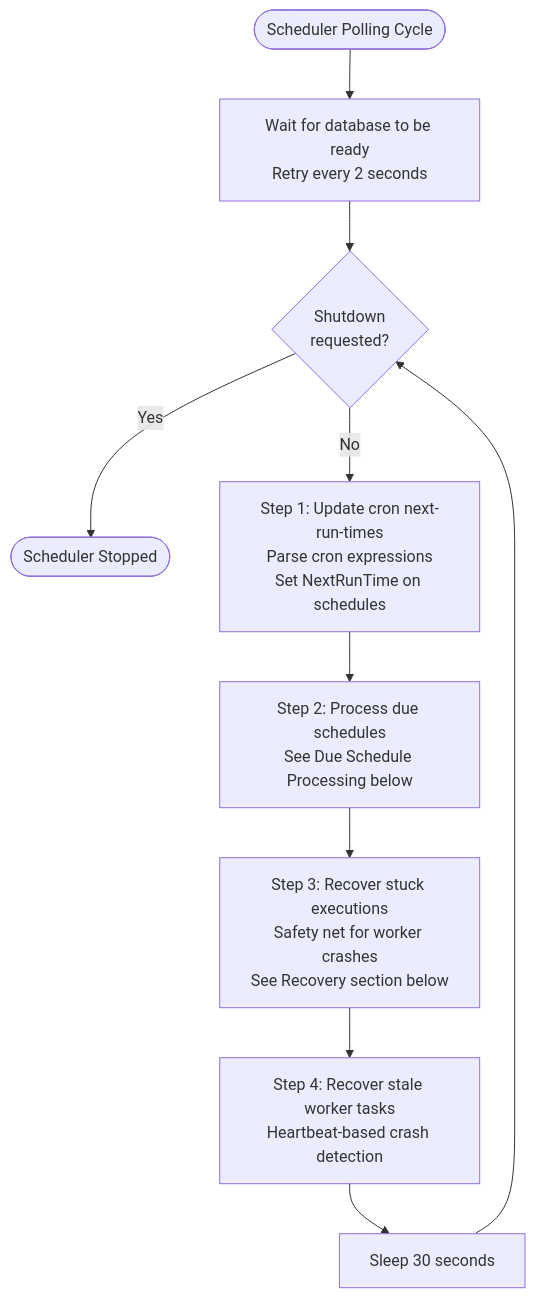
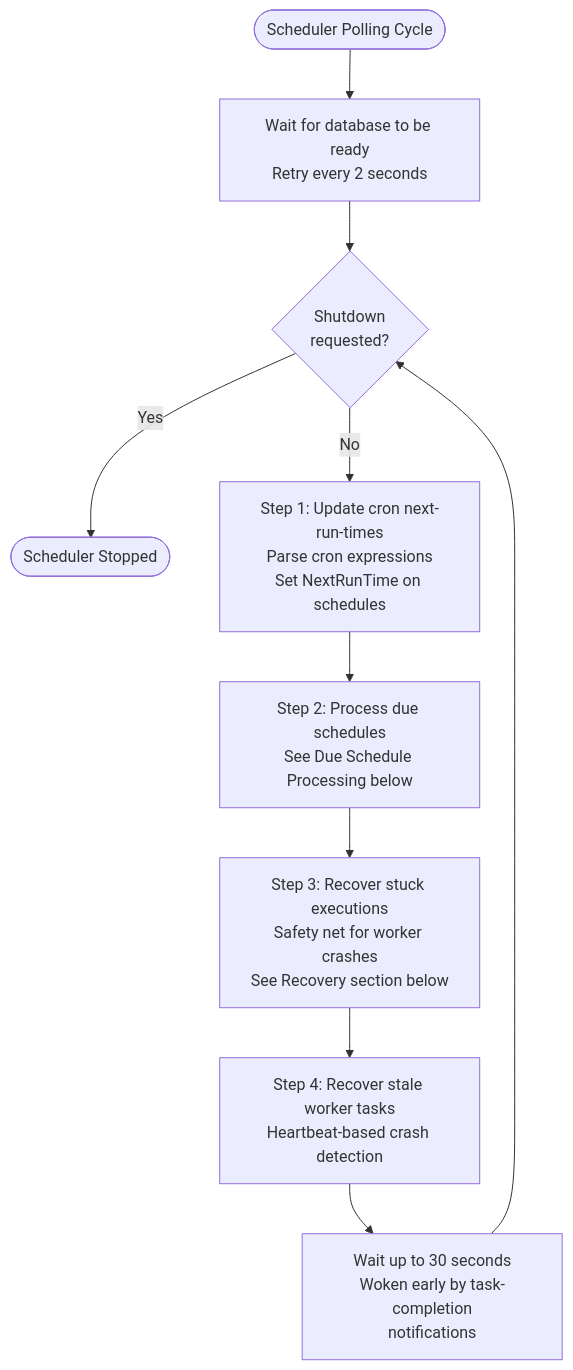
The first of 6 diagrams in docs/developer/diagrams/SCHEDULE_EXECUTION_LIFECYCLE.md (TetronIO/JIM), drawn with Mermaid before and after one commit. The commit also changed other lines of this file and 5 other files, not shown here.

First line of the commit message:
Document the real-time notification architecture (#307)

````diff
--- a/docs/developer/diagrams/SCHEDULE_EXECUTION_LIFECYCLE.md
+++ b/docs/developer/diagrams/SCHEDULE_EXECUTION_LIFECYCLE.md
@@ -21,14 +23,14 @@
 ```mermaid
 flowchart TD
     Start([Scheduler Polling Cycle]) --> WaitDb[Wait for database to be ready<br/>Retry every 2 seconds]
     WaitDb --> PollLoop{Shutdown<br/>requested?}
 
     PollLoop -->|Yes| End([Scheduler Stopped])
     PollLoop -->|No| Step1[Step 1: Update cron next-run-times<br/>Parse cron expressions<br/>Set NextRunTime on schedules]
 
     Step1 --> Step2[Step 2: Process due schedules<br/>See Due Schedule Processing below]
     Step2 --> Step3[Step 3: Recover stuck executions<br/>Safety net for worker crashes<br/>See Recovery section below]
     Step3 --> Step4[Step 4: Recover stale worker tasks<br/>Heartbeat-based crash detection]
-    Step4 --> Sleep[Sleep 30 seconds]
+    Step4 --> Sleep[Wait up to 30 seconds<br/>Woken early by task-completion<br/>notifications]
     Sleep --> PollLoop
 ```
````
